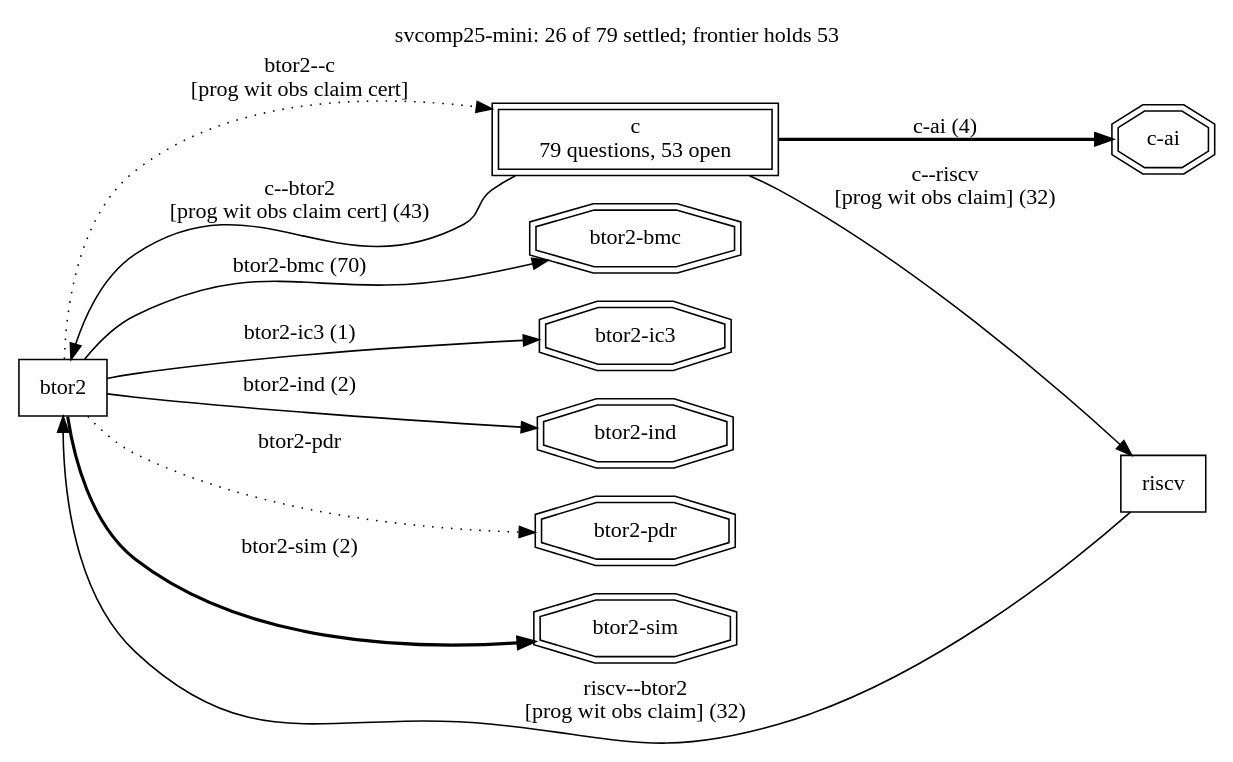
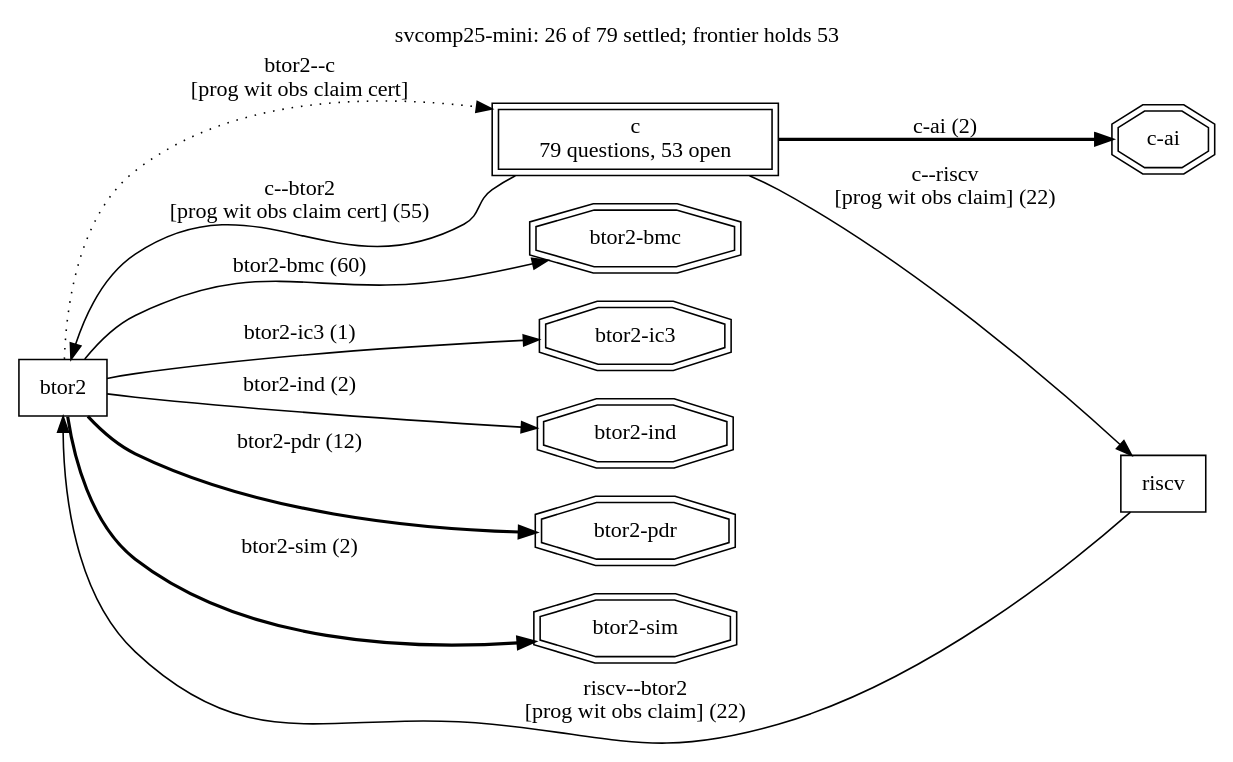
Before and after one commit to cksystemsgroup/hurdy-gurdy: the diagram in runs/svcomp25-mini/frontier.dot, drawn with Graphviz. The commit also changed 5 other files, not shown here.

```diff
--- a/runs/svcomp25-mini/frontier.dot
+++ b/runs/svcomp25-mini/frontier.dot
@@ -1,24 +1,24 @@
 digraph "svcomp25-mini" {
   rankdir=LR; labelloc=t;
   label="svcomp25-mini: 26 of 79 settled; frontier holds 53";
   node [shape=box];
   "btor2";
   "c" [peripheries=2, label="c\n79 questions, 53 open"];
   "riscv";
   "btor2" -> "c" [style=dotted, label="btor2--c\n[prog wit obs claim cert]"];
-  "c" -> "btor2" [style=solid, label="c--btor2\n[prog wit obs claim cert] (43)"];
-  "c" -> "riscv" [style=solid, label="c--riscv\n[prog wit obs claim] (32)"];
-  "riscv" -> "btor2" [style=solid, label="riscv--btor2\n[prog wit obs claim] (32)"];
+  "c" -> "btor2" [style=solid, label="c--btor2\n[prog wit obs claim cert] (55)"];
+  "c" -> "riscv" [style=solid, label="c--riscv\n[prog wit obs claim] (22)"];
+  "riscv" -> "btor2" [style=solid, label="riscv--btor2\n[prog wit obs claim] (22)"];
   "search:btor2-bmc" [shape=doubleoctagon, label="btor2-bmc"];
-  "btor2" -> "search:btor2-bmc" [style=solid, label="btor2-bmc (70)"];
+  "btor2" -> "search:btor2-bmc" [style=solid, label="btor2-bmc (60)"];
   "search:btor2-ic3" [shape=doubleoctagon, label="btor2-ic3"];
   "btor2" -> "search:btor2-ic3" [style=solid, label="btor2-ic3 (1)"];
   "search:btor2-ind" [shape=doubleoctagon, label="btor2-ind"];
   "btor2" -> "search:btor2-ind" [style=solid, label="btor2-ind (2)"];
   "search:btor2-pdr" [shape=doubleoctagon, label="btor2-pdr"];
-  "btor2" -> "search:btor2-pdr" [style=dotted, label="btor2-pdr"];
+  "btor2" -> "search:btor2-pdr" [style=bold, label="btor2-pdr (12)"];
   "search:btor2-sim" [shape=doubleoctagon, label="btor2-sim"];
   "btor2" -> "search:btor2-sim" [style=bold, label="btor2-sim (2)"];
   "search:c-ai" [shape=doubleoctagon, label="c-ai"];
-  "c" -> "search:c-ai" [style=bold, label="c-ai (4)"];
+  "c" -> "search:c-ai" [style=bold, label="c-ai (2)"];
 }
```
